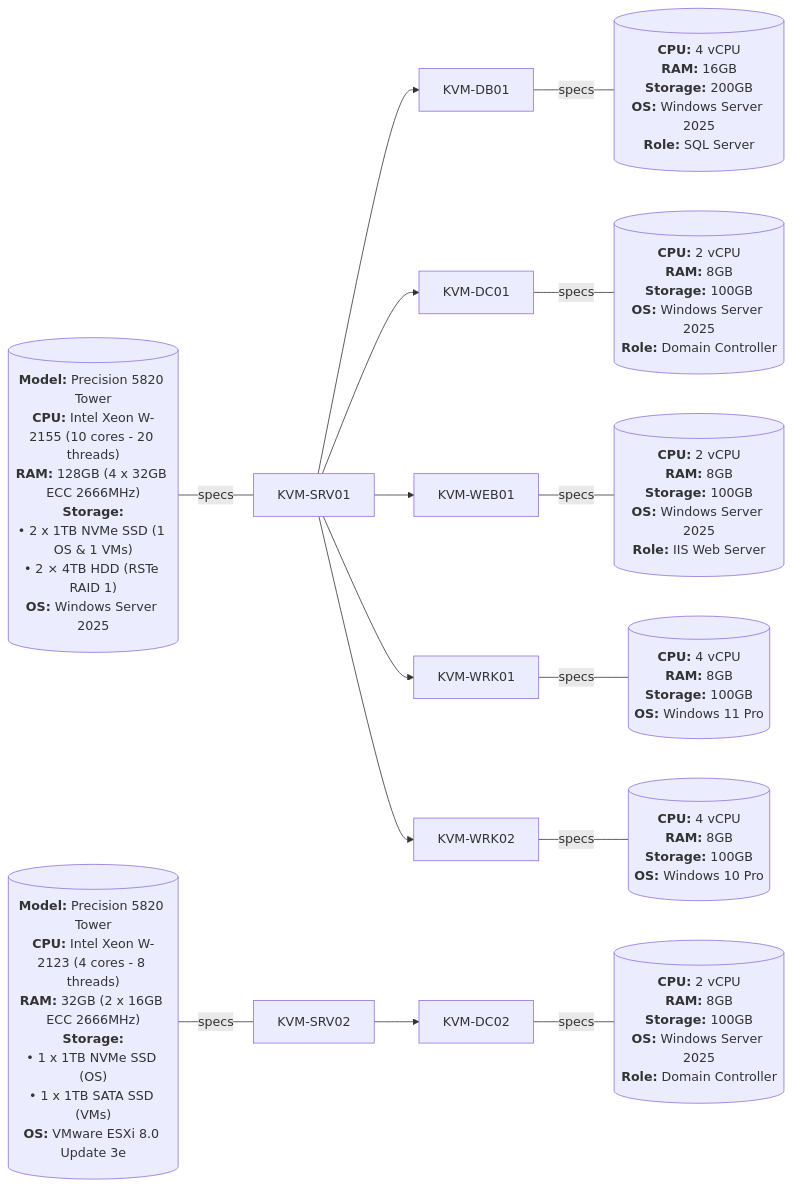
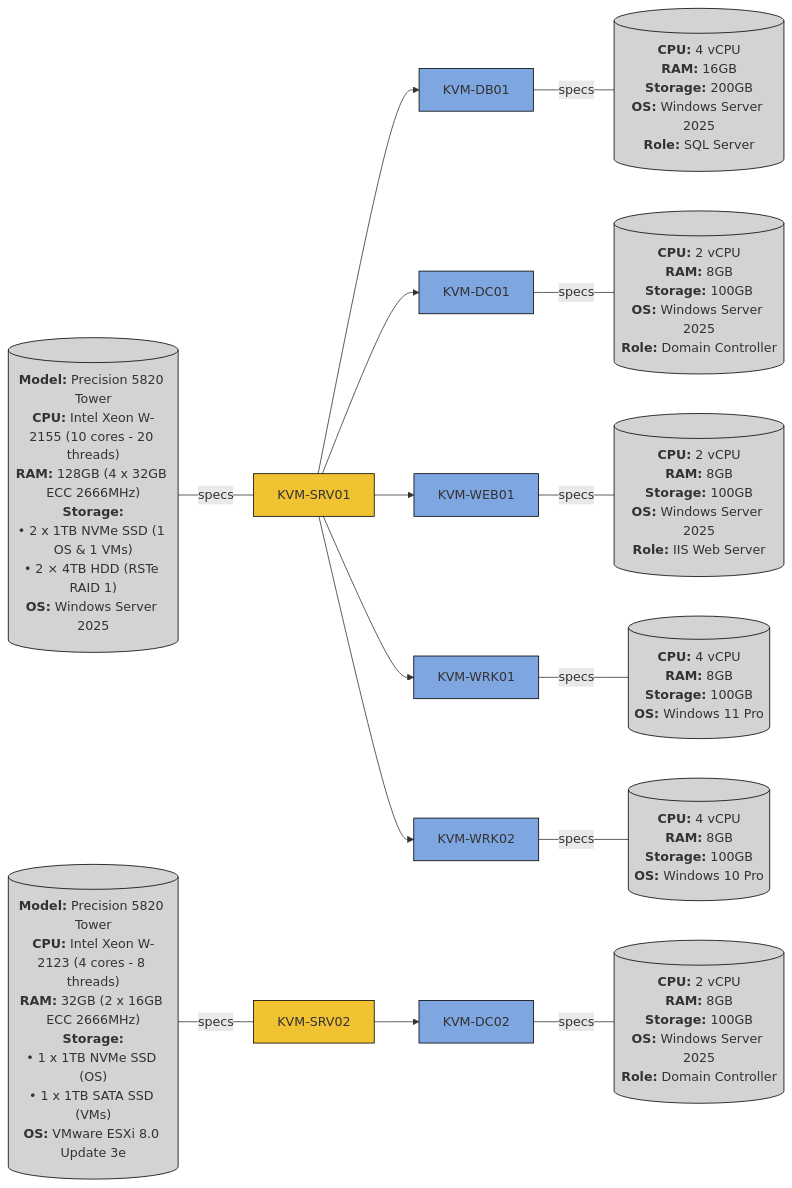
One commit to khangvum/homelab-ansible-config changed the diagram in README.md. Above: the diagram before and after it, drawn with Mermaid.

Commit message:
Added color-code for Setup Diagram

````diff
--- a/README.md
+++ b/README.md
@@ -14,56 +14,64 @@
 ```mermaid
 flowchart LR
     %% 1. KVM-SRV01
     %% - Host
     SRV01_SPECS[("`**Model:** Precision 5820 Tower
         **CPU:** Intel Xeon W-2155 (10 cores - 20 threads)
         **RAM:** 128GB (4 x 32GB ECC 2666MHz)
         **Storage:**
         • 2 x 1TB NVMe SSD (1 OS & 1 VMs)
         • 2 × 4TB HDD (RSTe RAID 1)
         **OS:** Windows Server 2025`")] -- specs --- SRV01[KVM-SRV01]
     
     %% - VMs
     SRV01 --> DB01[KVM-DB01] -- specs --- DB01_SPECS[("`**CPU:** 4 vCPU
                                                         **RAM:** 16GB
                                                         **Storage:** 200GB
                                                         **OS:** Windows Server 2025
                                                         **Role:** SQL Server`")]
     SRV01 --> DC01[KVM-DC01] -- specs --- DC01_SPECS[("`**CPU:** 2 vCPU
                                                         **RAM:** 8GB
                                                         **Storage:** 100GB
                                                         **OS:** Windows Server 2025
                                                         **Role:** Domain Controller`")]
     SRV01 --> WEB01[KVM-WEB01] -- specs --- WEB01_SPECS[("`**CPU:** 2 vCPU
                                                             **RAM:** 8GB
                                                             **Storage:** 100GB
                                                             **OS:** Windows Server 2025
                                                             **Role:** IIS Web Server`")]
     SRV01 --> WRK01[KVM-WRK01] -- specs --- WRK01_SPECS[("`**CPU:** 4 vCPU
                                                             **RAM:** 8GB
                                                             **Storage:** 100GB
                                                             **OS:** Windows 11 Pro`")]
     SRV01 --> WRK02[KVM-WRK02] -- specs --- WRK02_SPECS[("`**CPU:** 4 vCPU
                                                             **RAM:** 8GB
                                                             **Storage:** 100GB
                                                             **OS:** Windows 10 Pro`")]
 
     
 
     %% 2. KVM-SRV02
     %% - Host
     SRV02_SPECS[("`**Model:** Precision 5820 Tower
         **CPU:** Intel Xeon W-2123 (4 cores - 8 threads)
         **RAM:** 32GB (2 x 16GB ECC 2666MHz)
         **Storage:**
         • 1 x 1TB NVMe SSD (OS)
         • 1 x 1TB SATA SSD (VMs)
         **OS:** VMware ESXi 8.0 Update 3e`")] -- specs --- SRV02[KVM-SRV02]
 
     %% - VMs
     SRV02 --> DC02[KVM-DC02] -- specs --- DC02_SPECS[("`**CPU:** 2 vCPU
                                                         **RAM:** 8GB
                                                         **Storage:** 100GB
                                                         **OS:** Windows Server 2025
                                                         **Role:** Domain Controller`")]
+
+    %% Styling
+    class SRV01,SRV02 hosts
+    classDef hosts fill:#f1c232,stroke:#000
+    class DB01,DC01,DC02,WEB01,WRK01,WRK02 vms
+    classDef vms fill:#7ea6e0,stroke:#000
+    class SRV01_SPECS,SRV02_SPECS,DB01_SPECS,DC01_SPECS,DC02_SPECS,WEB01_SPECS,WRK01_SPECS,WRK02_SPECS specs
+    classDef specs fill:#d3d3d3,stroke:#000
 ```
````
